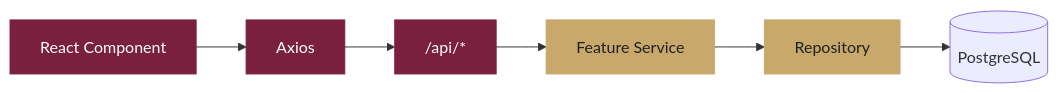
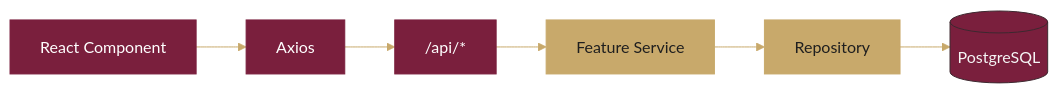
The third of 8 diagrams in README.md (LaoraSad/omegaComplex), drawn with Mermaid before and after one commit. The commit also changed other lines of this file and 8 other files, not shown here.

````diff
--- a/README.md
+++ b/README.md
@@ -336,21 +216,9 @@
 ```mermaid
+%%{init: {'theme':'base','themeVariables':{'primaryColor':'#7A1F3D','primaryTextColor':'#F5F5F5','lineColor':'#C8A96B'}}}%%
 flowchart LR
-    Component["React Component"]
-    Axios["Axios"]
-    API["/api/*"]
-    Service["Feature Service"]
-    Repository["Repository"]
-    DB[("PostgreSQL")]
-
-    Component --> Axios
-    Axios --> API
-    API --> Service
-    Service --> Repository
-    Repository --> DB
-
+    Component["React Component"] --> Axios --> API["/api/*"] --> Service["Feature Service"] --> Repository --> DB[("PostgreSQL")]
     classDef primary fill:#7A1F3D,color:#fff,stroke:#7A1F3D;
     classDef accent fill:#C8A96B,color:#1F1F1F,stroke:#C8A96B;
-
     class Component,Axios,API primary;
     class Service,Repository accent;
 ```
````
